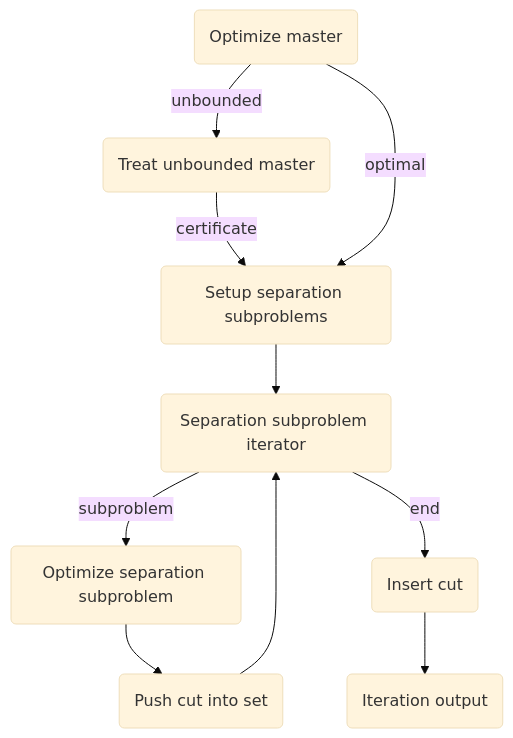
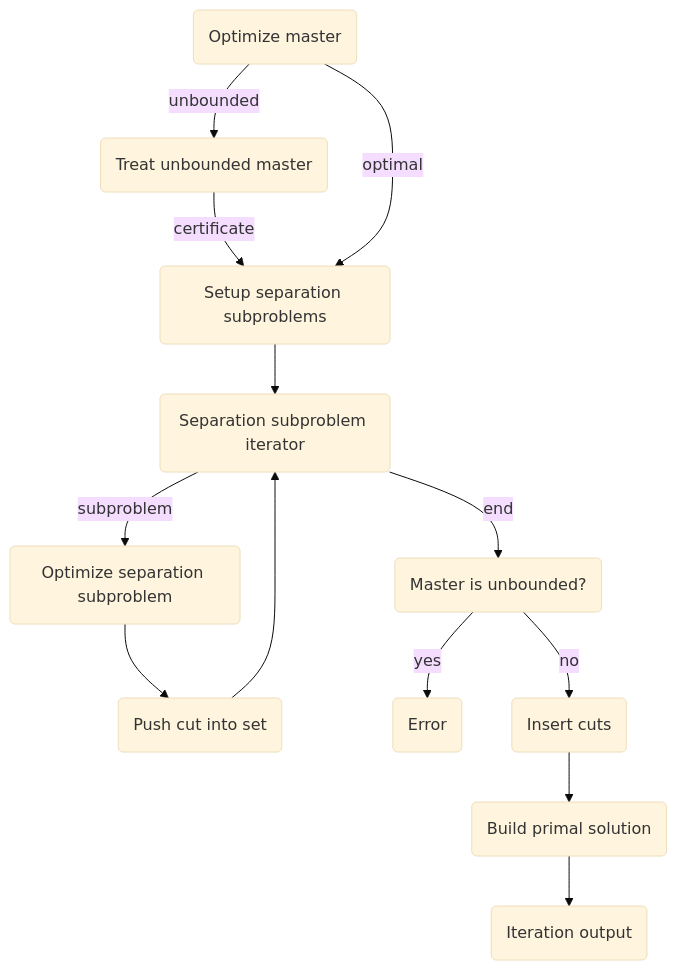
The diagram in docs/src/api/benders.md (atoptima/Coluna.jl), drawn with Mermaid (base theme) before and after one commit. The commit also changed other lines of this file and 1 other file, not shown here.

````diff
--- a/docs/src/api/benders.md
+++ b/docs/src/api/benders.md
@@ -131,28 +131,36 @@
 ```mermaid
 flowchart TB;
     id1(Optimize master)
     id2(Treat unbounded master)
     id3(Setup separation subproblems)
     id4(Separation subproblem iterator)
     id5(Optimize separation subproblem)
     id6(Push cut into set)
-    id7(Insert cut)
+    id9(Master is unbounded?)
+    id10(Error)
+    id7(Insert cuts)
+    id11(Build primal solution)
     id8(Iteration output)
     id1 --unbounded--> id2
     id2 --certificate--> id3
     id1 -- optimal --> id3
     id3 --> id4
     id4 -- subproblem --> id5
     id5 --> id6
     id6 --> id4
-    id4 -- end --> id7
-    id7 --> id8
+    id4 -- end --> id9
+    id9 -- yes --> id10
+    id9 -- no --> id7
+    id7 --> id11
+    id11 --> id8
     click id1 href "#Master-optimization" "Link to doc"
     click id2 href "#Unbounded-master-case" "Link to doc"
     click id3 href "#Setup-separation-subproblems" "Link to doc"
     click id4 href "#Subproblem-iterator" "Link to doc"
     click id5 href "#Separation-subproblem-optimization" "Link to doc"
     click id6 href "#Set-of-generated-cuts" "Link to doc"
+    click id9 href "#Unboundeness-check" "Link to doc"
+    click id11 href "#Current-primal-solution" "Link to doc"
     click id7 href "#Cuts-insertion" "Link to doc"
     click id8 href "#Iteration-output" "Link to doc"
 ```
````
